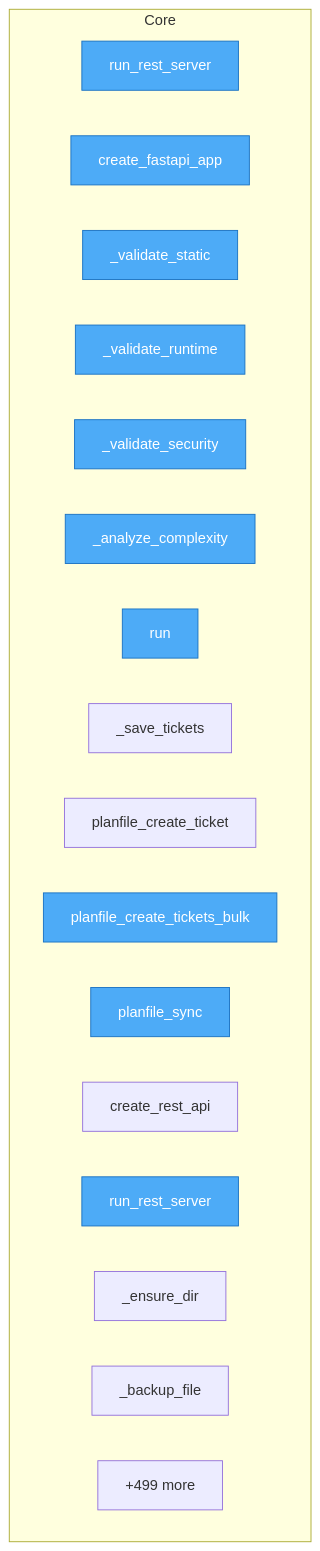
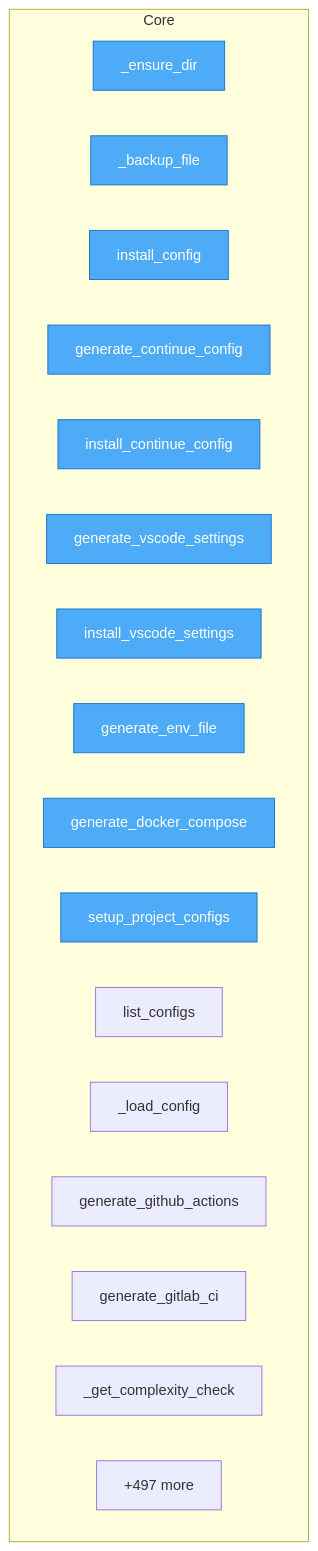
Before and after one commit to semcod/algitex: the diagram in project/flow.mmd, drawn with Mermaid. The commit also changed 33 other files, not shown here.

```diff
--- a/project/flow.mmd
+++ b/project/flow.mmd
@@ -1,25 +1,25 @@
 flowchart TD
 
     %% Entry points (blue)
     classDef entry fill:#4dabf7,stroke:#1971c2,color:#fff
 
     subgraph Core
-        docker__aider_mcp__aider_mcp_server__run_rest_server["run_rest_server"]
-        docker__vallm__vallm_server__VallmServer__create_fastapi_app["create_fastapi_app"]
-        docker__vallm__vallm_server__VallmServer___validate_static["_validate_static"]
-        docker__vallm__vallm_server__VallmServer___validate_runtime["_validate_runtime"]
-        docker__vallm__vallm_server__VallmServer___validate_security["_validate_security"]
-        docker__vallm__vallm_server__VallmServer___analyze_complexity["_analyze_complexity"]
-        docker__vallm__vallm_server__VallmServer__run["run"]
-        docker__planfile_mcp__planfile_mcp_server___save_tickets["_save_tickets"]
-        docker__planfile_mcp__planfile_mcp_server__planfile_create_ticket["planfile_create_ticket"]
-        docker__planfile_mcp__planfile_mcp_server__planfile_create_tickets_bulk["planfile_create_tickets_bulk"]
-        docker__planfile_mcp__planfile_mcp_server__planfile_sync["planfile_sync"]
-        docker__planfile_mcp__planfile_mcp_server__create_rest_api["create_rest_api"]
-        docker__planfile_mcp__planfile_mcp_server__run_rest_server["run_rest_server"]
         src__algitex__tools__config__ConfigManager___ensure_dir["_ensure_dir"]
         src__algitex__tools__config__ConfigManager___backup_file["_backup_file"]
-        ...["+499 more"]
+        src__algitex__tools__config__ConfigManager__install_config["install_config"]
+        src__algitex__tools__config__ConfigManager__generate_continue_config["generate_continue_config"]
+        src__algitex__tools__config__ConfigManager__install_continue_config["install_continue_config"]
+        src__algitex__tools__config__ConfigManager__generate_vscode_settings["generate_vscode_settings"]
+        src__algitex__tools__config__ConfigManager__install_vscode_settings["install_vscode_settings"]
+        src__algitex__tools__config__ConfigManager__generate_env_file["generate_env_file"]
+        src__algitex__tools__config__ConfigManager__generate_docker_compose["generate_docker_compose"]
+        src__algitex__tools__config__ConfigManager__setup_project_configs["setup_project_configs"]
+        src__algitex__tools__config__ConfigManager__list_configs["list_configs"]
+        src__algitex__tools__cicd__CICDGenerator___load_config["_load_config"]
+        src__algitex__tools__cicd__CICDGenerator__generate_github_actions["generate_github_actions"]
+        src__algitex__tools__cicd__CICDGenerator__generate_gitlab_ci["generate_gitlab_ci"]
+        src__algitex__tools__cicd__CICDGenerator___get_complexity_check["_get_complexity_check"]
+        ...["+497 more"]
     end
 
-    class docker__aider_mcp__aider_mcp_server__run_rest_server,docker__vallm__vallm_server__VallmServer__create_fastapi_app,docker__vallm__vallm_server__VallmServer___validate_static,docker__vallm__vallm_server__VallmServer___validate_runtime,docker__vallm__vallm_server__VallmServer___validate_security,docker__vallm__vallm_server__VallmServer___analyze_complexity,docker__vallm__vallm_server__VallmServer__run,docker__planfile_mcp__planfile_mcp_server__planfile_create_tickets_bulk,docker__planfile_mcp__planfile_mcp_server__planfile_sync,docker__planfile_mcp__planfile_mcp_server__run_rest_server entry
+    class src__algitex__tools__config__ConfigManager___ensure_dir,src__algitex__tools__config__ConfigManager___backup_file,src__algitex__tools__config__ConfigManager__install_config,src__algitex__tools__config__ConfigManager__generate_continue_config,src__algitex__tools__config__ConfigManager__install_continue_config,src__algitex__tools__config__ConfigManager__generate_vscode_settings,src__algitex__tools__config__ConfigManager__install_vscode_settings,src__algitex__tools__config__ConfigManager__generate_env_file,src__algitex__tools__config__ConfigManager__generate_docker_compose,src__algitex__tools__config__ConfigManager__setup_project_configs entry
```
